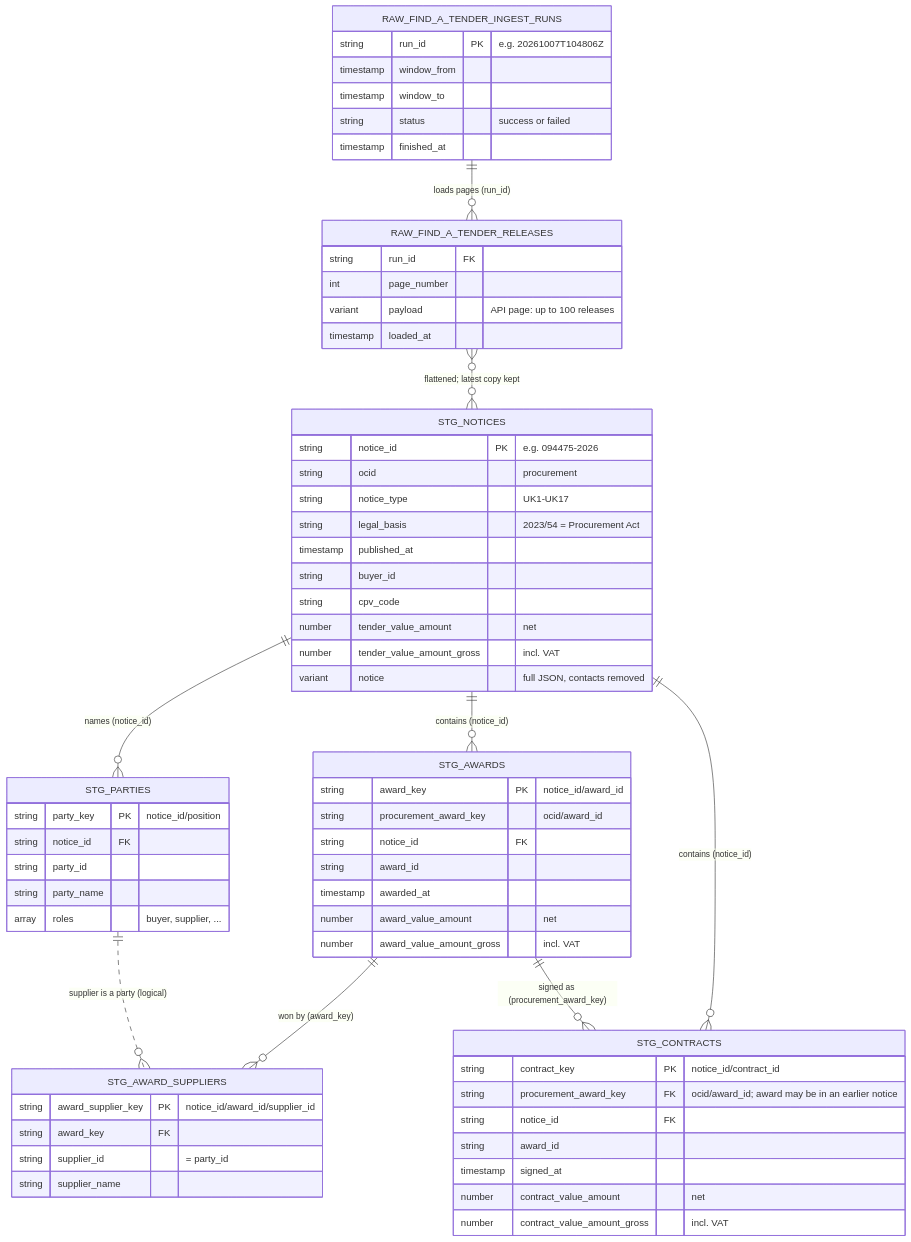
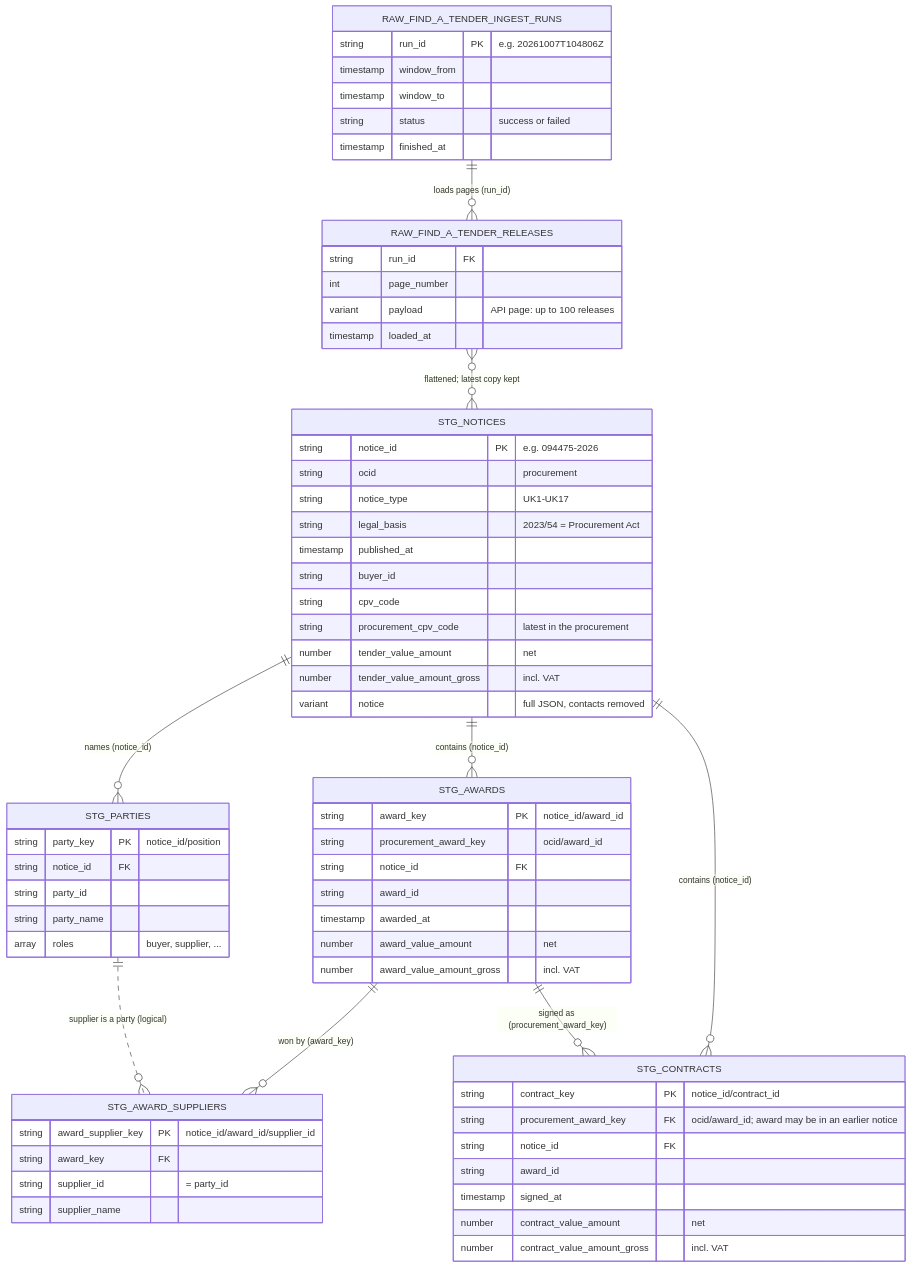
The diagram in docs/diagrams/staging-erd.md (jacekjastrzebski/uk-tenders-dbt-snowflake), drawn with Mermaid before and after one commit. The commit also changed 5 other files, not shown here.

First line of the commit message:
Take the sector from the procurement when a notice has no CPV code

````diff
--- a/docs/diagrams/staging-erd.md
+++ b/docs/diagrams/staging-erd.md
@@ -5,68 +5,69 @@
 ```mermaid
 erDiagram
     RAW_FIND_A_TENDER_INGEST_RUNS ||--o{ RAW_FIND_A_TENDER_RELEASES : "loads pages (run_id)"
     RAW_FIND_A_TENDER_RELEASES }o--o{ STG_NOTICES : "flattened; latest copy kept"
     STG_NOTICES ||--o{ STG_PARTIES : "names (notice_id)"
     STG_NOTICES ||--o{ STG_AWARDS : "contains (notice_id)"
     STG_NOTICES ||--o{ STG_CONTRACTS : "contains (notice_id)"
     STG_AWARDS ||--o{ STG_AWARD_SUPPLIERS : "won by (award_key)"
     STG_AWARDS ||--o{ STG_CONTRACTS : "signed as (procurement_award_key)"
     STG_PARTIES ||..o{ STG_AWARD_SUPPLIERS : "supplier is a party (logical)"
 
     RAW_FIND_A_TENDER_INGEST_RUNS {
         string run_id PK "e.g. 20261007T104806Z"
         timestamp window_from
         timestamp window_to
         string status "success or failed"
         timestamp finished_at
     }
     RAW_FIND_A_TENDER_RELEASES {
         string run_id FK
         int page_number
         variant payload "API page: up to 100 releases"
         timestamp loaded_at
     }
     STG_NOTICES {
         string notice_id PK "e.g. 094475-2026"
         string ocid "procurement"
         string notice_type "UK1-UK17"
         string legal_basis "2023/54 = Procurement Act"
         timestamp published_at
         string buyer_id
         string cpv_code
+        string procurement_cpv_code "latest in the procurement"
         number tender_value_amount "net"
         number tender_value_amount_gross "incl. VAT"
         variant notice "full JSON, contacts removed"
     }
     STG_PARTIES {
         string party_key PK "notice_id/position"
         string notice_id FK
         string party_id
         string party_name
         array roles "buyer, supplier, ..."
     }
     STG_AWARDS {
         string award_key PK "notice_id/award_id"
         string procurement_award_key "ocid/award_id"
         string notice_id FK
         string award_id
         timestamp awarded_at
         number award_value_amount "net"
         number award_value_amount_gross "incl. VAT"
     }
     STG_AWARD_SUPPLIERS {
         string award_supplier_key PK "notice_id/award_id/supplier_id"
         string award_key FK
         string supplier_id "= party_id"
         string supplier_name
     }
     STG_CONTRACTS {
         string contract_key PK "notice_id/contract_id"
         string procurement_award_key FK "ocid/award_id; award may be in an earlier notice"
         string notice_id FK
         string award_id
         timestamp signed_at
         number contract_value_amount "net"
         number contract_value_amount_gross "incl. VAT"
     }
 ```
````
